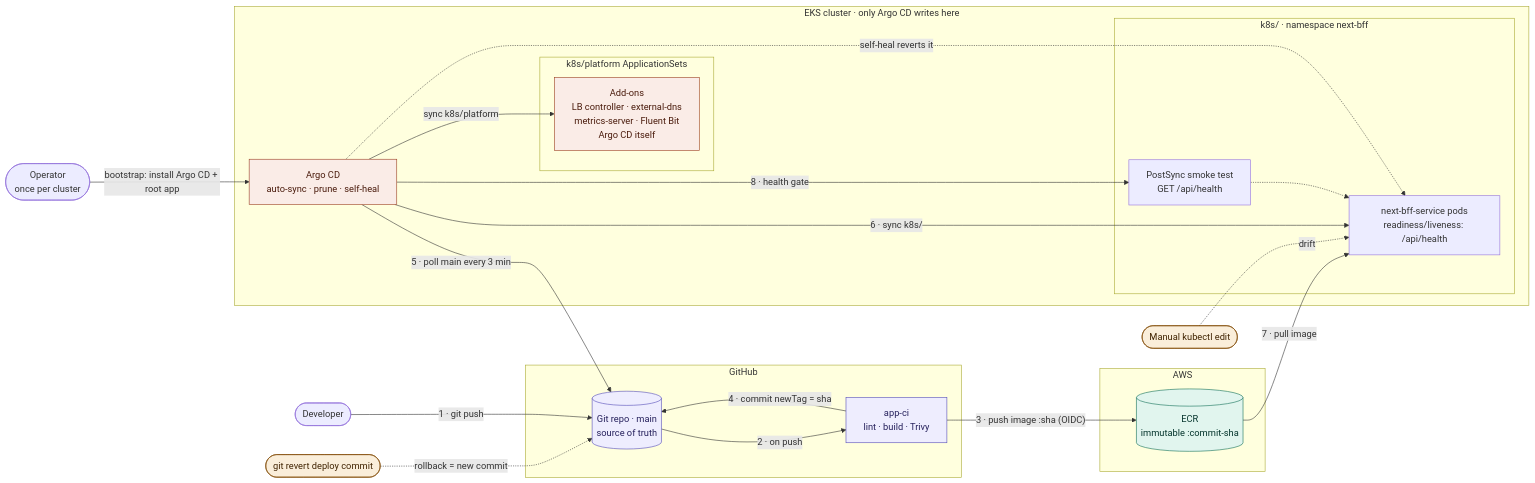
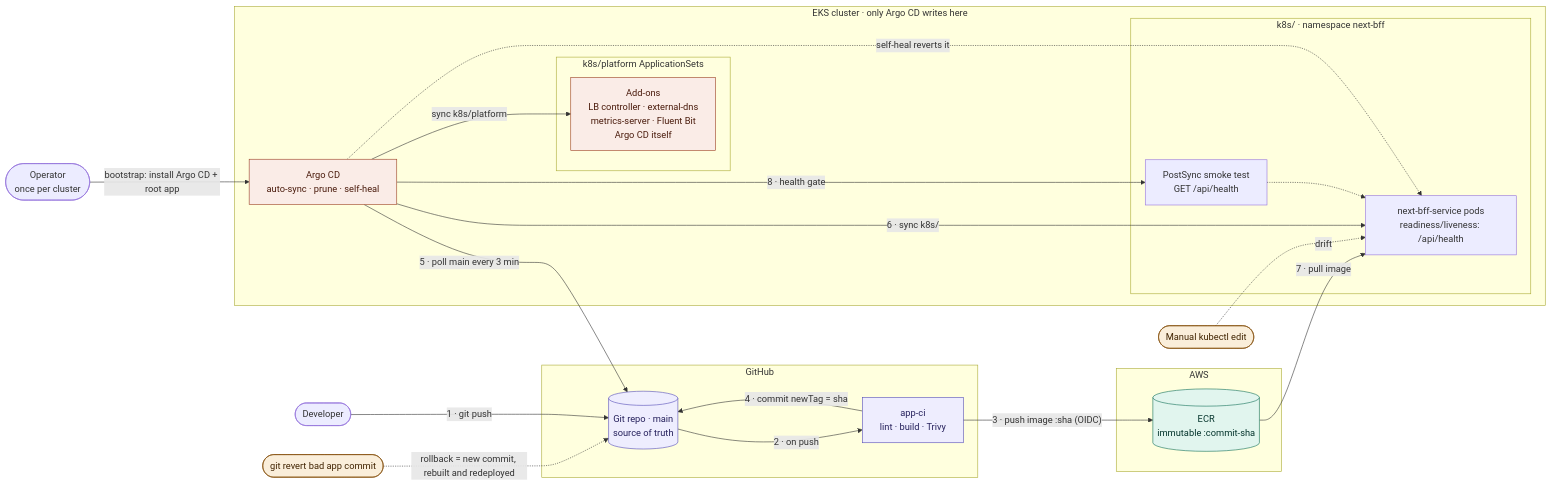
Before and after one commit to AlakaHebbar/Devops-assesment: the diagram in architecture/gitops-flow.mmd, drawn with Mermaid. The commit also changed 11 other files, not shown here.

```diff
--- a/architecture/gitops-flow.mmd
+++ b/architecture/gitops-flow.mmd
@@ -1,52 +1,52 @@
 flowchart LR
     dev(["Developer"])
     ops(["Operator<br/>once per cluster"])
 
     subgraph github["GitHub"]
         repo[("Git repo · main<br/>source of truth")]
         appci["app-ci<br/>lint · build · Trivy"]
     end
 
     subgraph aws["AWS"]
         ecr[("ECR<br/>immutable :commit-sha")]
     end
 
     subgraph cluster["EKS cluster · only Argo CD writes here"]
         argocd["Argo CD<br/>auto-sync · prune · self-heal"]
         subgraph platform["k8s/platform ApplicationSets"]
             addons["Add-ons<br/>LB controller · external-dns<br/>metrics-server · Fluent Bit<br/>Argo CD itself"]
         end
         subgraph svc["k8s/ · namespace next-bff"]
             pods["next-bff-service pods<br/>readiness/liveness: /api/health"]
             smoke["PostSync smoke test<br/>GET /api/health"]
         end
     end
 
     %% Deploy path, numbered in order
     dev -->|"1 · git push"| repo
     repo -->|"2 · on push"| appci
     appci -->|"3 · push image :sha (OIDC)"| ecr
     appci -->|"4 · commit newTag = sha"| repo
     argocd -->|"5 · poll main every 3 min"| repo
     argocd -->|"6 · sync k8s/"| pods
     ecr -->|"7 · pull image"| pods
     argocd -->|"8 · health gate"| smoke
     smoke -.-> pods
 
     %% Everything else in the cluster is Git too
     argocd -->|"sync k8s/platform"| addons
     ops -->|"bootstrap: install Argo CD + root app"| argocd
 
     %% Self-heal and rollback
     kubectl(["Manual kubectl edit"]) -.->|"drift"| pods
     argocd -.->|"self-heal reverts it"| pods
-    revert(["git revert deploy commit"]) -.->|"rollback = new commit"| repo
+    revert(["git revert bad app commit"]) -.->|"rollback = new commit, rebuilt and redeployed"| repo
 
     classDef git fill:#EEEDFE,stroke:#534AB7,color:#26215C
     classDef awsc fill:#E1F5EE,stroke:#0F6E56,color:#04342C
     classDef argo fill:#FAECE7,stroke:#993C1D,color:#4A1B0C
     classDef warn fill:#FAEEDA,stroke:#854F0B,color:#412402
     class repo,appci git
     class ecr awsc
     class argocd,addons argo
     class kubectl,revert warn
```
